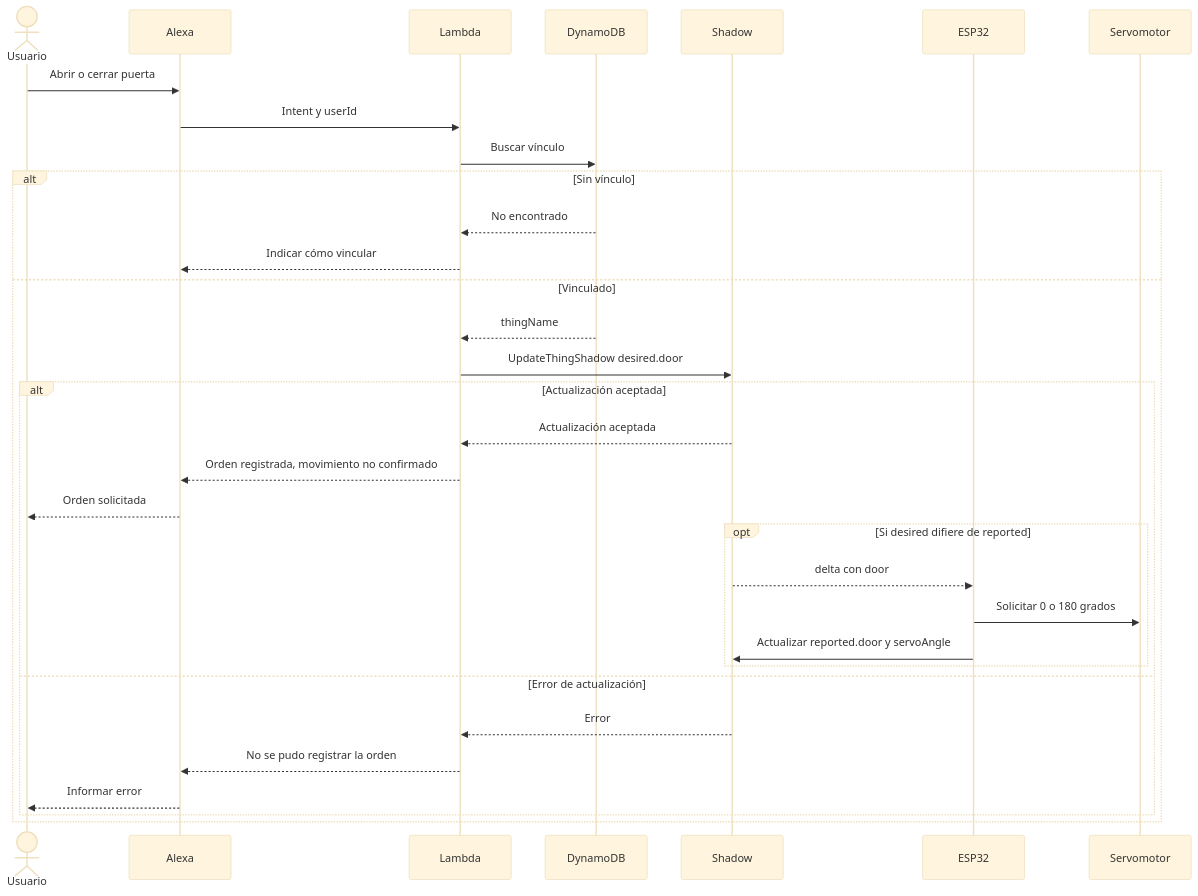
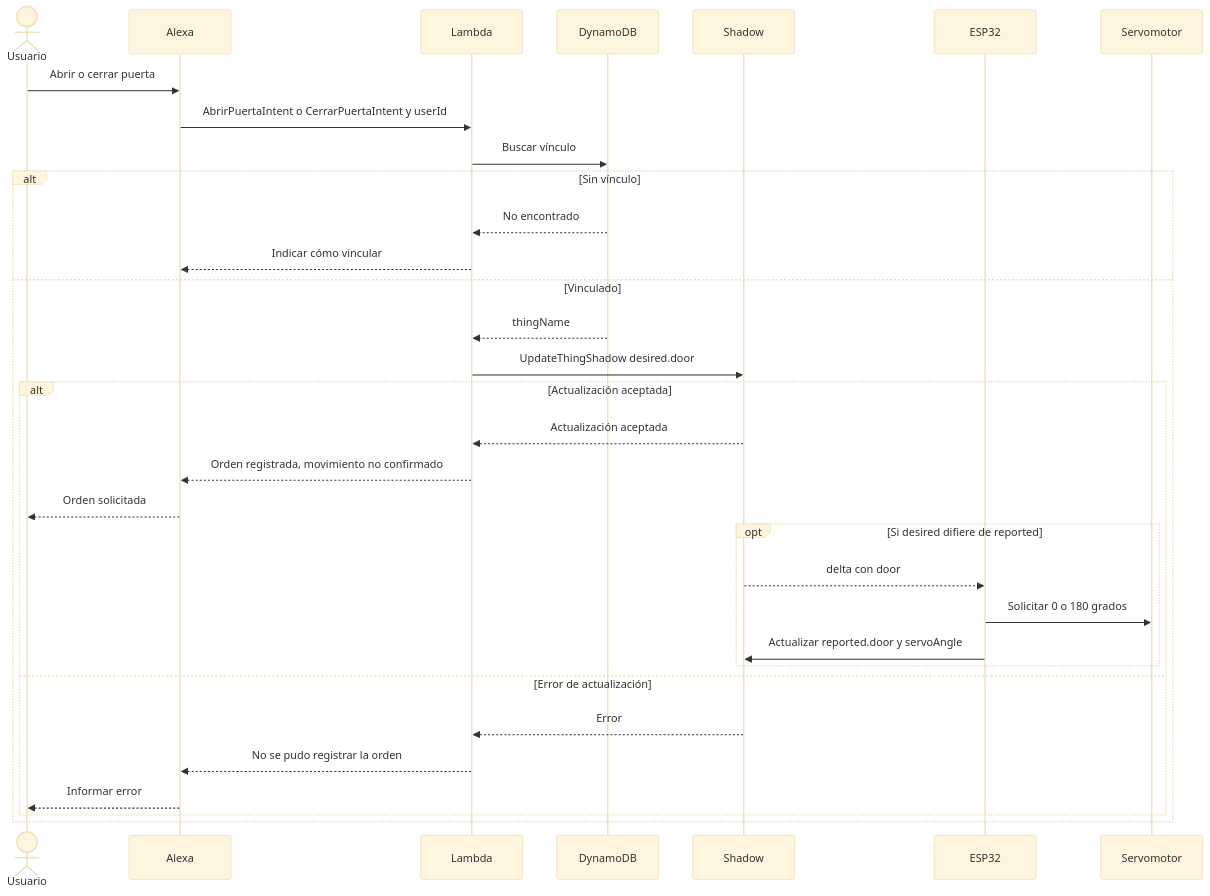
One commit to Lucas-RodriguezAncieta/IoTPractica3 changed the sixth of 6 diagrams in docs/informe.md. Above: the diagram before and after it, drawn with Mermaid (base theme). The commit also changed other lines of this file and 2 other files, not shown here.

Commit message:
docs: completar informe tecnico y diagrama del circuito

````diff
--- a/docs/informe.md
+++ b/docs/informe.md
@@ -243,34 +228,34 @@
 ```mermaid
 sequenceDiagram
   actor U as Usuario
   participant A as Alexa
   participant L as Lambda
   participant D as DynamoDB
   participant S as Shadow
   participant E as ESP32
   participant V as Servomotor
   U->>A: Abrir o cerrar puerta
-  A->>L: Intent y userId
+  A->>L: AbrirPuertaIntent o CerrarPuertaIntent y userId
   L->>D: Buscar vínculo
   alt Sin vínculo
     D-->>L: No encontrado
     L-->>A: Indicar cómo vincular
   else Vinculado
     D-->>L: thingName
     L->>S: UpdateThingShadow desired.door
     alt Actualización aceptada
       S-->>L: Actualización aceptada
       L-->>A: Orden registrada, movimiento no confirmado
       A-->>U: Orden solicitada
       opt Si desired difiere de reported
         S-->>E: delta con door
         E->>V: Solicitar 0 o 180 grados
         E->>S: Actualizar reported.door y servoAngle
       end
     else Error de actualización
       S-->>L: Error
       L-->>A: No se pudo registrar la orden
       A-->>U: Informar error
     end
   end
 ```
````
